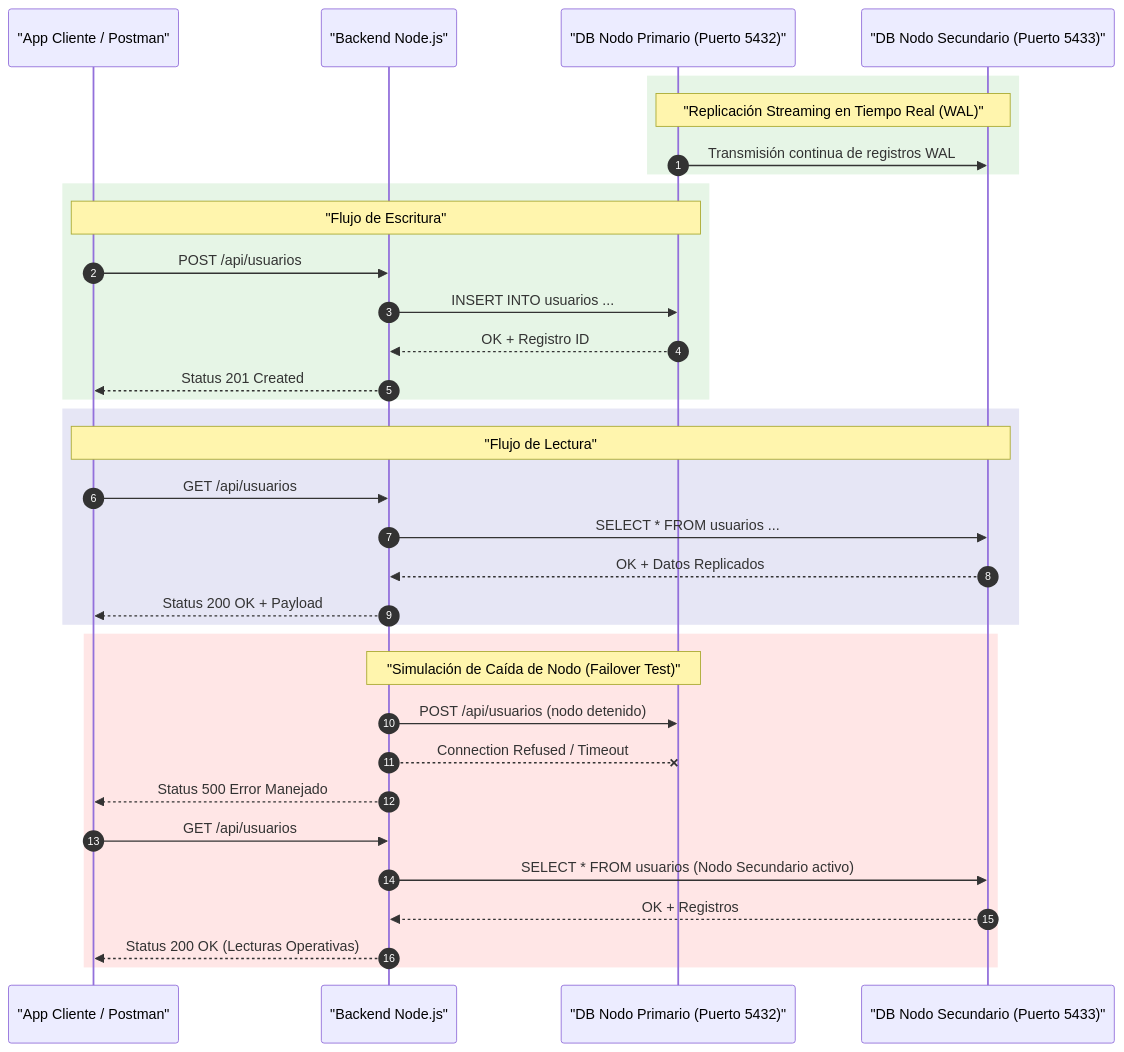
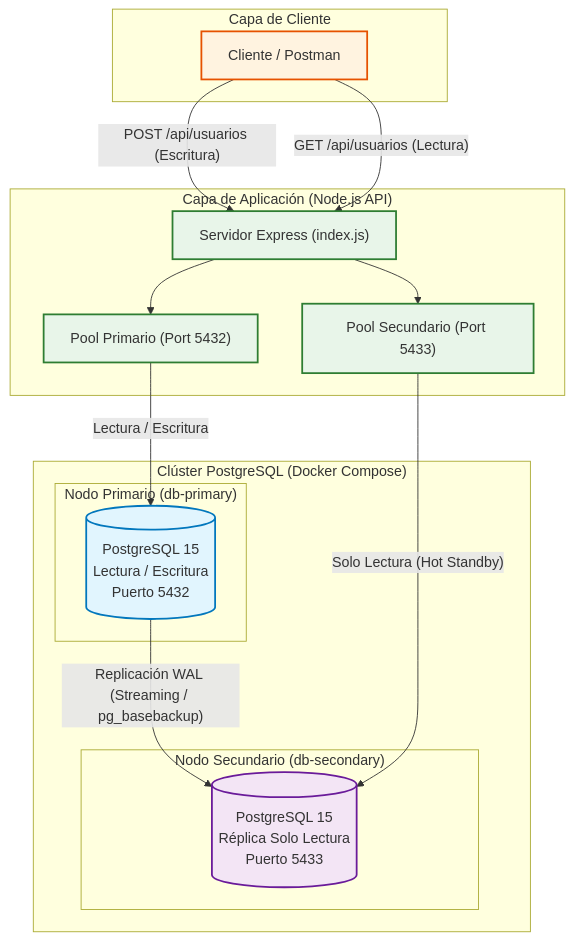
Before and after one commit to ignacionallar/distributed_environments_tps: the diagram in Desarrollo/TP_8/README.md, drawn with Mermaid.

Commit message:
modified readmetp8

````diff
--- a/Desarrollo/TP_8/README.md
+++ b/Desarrollo/TP_8/README.md
@@ -1,40 +1,45 @@
 ```mermaid
-sequenceDiagram
-    autonumber
-    participant Cliente as "App Cliente / Postman"
-    participant Backend as "Backend Node.js"
-    participant Primario as "DB Nodo Primario (Puerto 5432)"
-    participant Secundario as "DB Nodo Secundario (Puerto 5433)"
-
-    rect rgb(230, 245, 230)
-    Note over Primario, Secundario: "Replicación Streaming en Tiempo Real (WAL)"
-    Primario->>Secundario: Transmisión continua de registros WAL
+flowchart TD
+    subgraph Capa_Cliente ["Capa de Cliente"]
+        Cliente["Cliente / Postman"]
     end
 
-    rect rgb(230, 245, 230)
-    Note over Cliente, Primario: "Flujo de Escritura"
-    Cliente->>Backend: POST /api/usuarios
-    Backend->>Primario: INSERT INTO usuarios ...
-    Primario-->>Backend: OK + Registro ID
-    Backend-->>Cliente: Status 201 Created
+    subgraph Capa_Aplicacion ["Capa de Aplicación (Node.js API)"]
+        Backend["Servidor Express (index.js)"]
+        PoolP["Pool Primario (Port 5432)"]
+        PoolS["Pool Secundario (Port 5433)"]
+        
+        Backend --> PoolP
+        Backend --> PoolS
     end
 
-    rect rgb(230, 230, 245)
-    Note over Cliente, Secundario: "Flujo de Lectura"
-    Cliente->>Backend: GET /api/usuarios
-    Backend->>Secundario: SELECT * FROM usuarios ...
-    Secundario-->>Backend: OK + Datos Replicados
-    Backend-->>Cliente: Status 200 OK + Payload
+    subgraph Cluster_Docker ["Clúster PostgreSQL (Docker Compose)"]
+        subgraph DB_Primary_Node ["Nodo Primario (db-primary)"]
+            DB_Primary[("PostgreSQL 15<br/>Lectura / Escritura<br/>Puerto 5432")]
+        end
+
+        subgraph DB_Secondary_Node ["Nodo Secundario (db-secondary)"]
+            DB_Secondary[("PostgreSQL 15<br/>Réplica Solo Lectura<br/>Puerto 5433")]
+        end
+
+        DB_Primary -- "Replicación WAL (Streaming / pg_basebackup)" --> DB_Secondary
     end
 
-    rect rgb(255, 230, 230)
-    Note over Backend, Primario: "Simulación de Caída de Nodo (Failover Test)"
-    Backend->>Primario: POST /api/usuarios (nodo detenido)
-    Backend--xPrimario: Connection Refused / Timeout
-    Backend-->>Cliente: Status 500 Error Manejado
-    Cliente->>Backend: GET /api/usuarios
-    Backend->>Secundario: SELECT * FROM usuarios (Nodo Secundario activo)
-    Secundario-->>Backend: OK + Registros
-    Backend-->>Cliente: Status 200 OK (Lecturas Operativas)
-    end
+    %% Conexiones
+    Cliente -- "POST /api/usuarios (Escritura)" --> Backend
+    Cliente -- "GET /api/usuarios (Lectura)" --> Backend
+
+    PoolP -- "Lectura / Escritura" --> DB_Primary
+    PoolS -- "Solo Lectura (Hot Standby)" --> DB_Secondary
+
+    %% Estilos
+    classDef clientStyle fill:#fff3e0,stroke:#e65100,stroke-width:2px;
+    classDef appStyle fill:#e8f5e9,stroke:#2e7d32,stroke-width:2px;
+    classDef primaryStyle fill:#e1f5fe,stroke:#0277bd,stroke-width:2px;
+    classDef secondaryStyle fill:#f3e5f5,stroke:#6a1b9a,stroke-width:2px;
+
+    class Cliente clientStyle;
+    class Backend,PoolP,PoolS appStyle;
+    class DB_Primary primaryStyle;
+    class DB_Secondary secondaryStyle;
 ```
````
